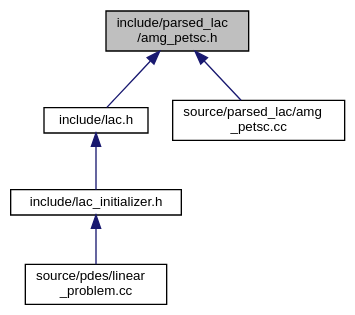
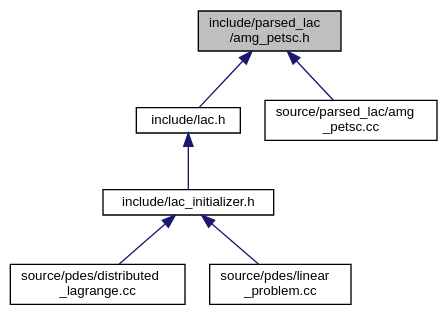
The diagram in amg__petsc_8h__dep__incl.dot (luca-heltai/fsi-suite), drawn with Graphviz before and after one commit. The commit also changed 899 other files, not shown here.

```diff
--- a/amg__petsc_8h__dep__incl.dot
+++ b/amg__petsc_8h__dep__incl.dot
@@ -1,16 +1,18 @@
 digraph "include/parsed_lac/amg_petsc.h"
 {
  // LATEX_PDF_SIZE
   bgcolor="transparent";
   edge [fontname="Helvetica",fontsize="10",labelfontname="Helvetica",labelfontsize="10"];
   node [fontname="Helvetica",fontsize="10",shape=record];
   Node1 [label="include/parsed_lac\l/amg_petsc.h",height=0.2,width=0.4,color="black", fillcolor="grey75", style="filled", fontcolor="black",tooltip=" "];
   Node1 -> Node2 [dir="back",color="midnightblue",fontsize="10",style="solid",fontname="Helvetica"];
   Node2 [label="include/lac.h",height=0.2,width=0.4,color="black",URL="$lac_8h.html",tooltip=" "];
   Node2 -> Node3 [dir="back",color="midnightblue",fontsize="10",style="solid",fontname="Helvetica"];
   Node3 [label="include/lac_initializer.h",height=0.2,width=0.4,color="black",URL="$lac__initializer_8h.html",tooltip=" "];
   Node3 -> Node4 [dir="back",color="midnightblue",fontsize="10",style="solid",fontname="Helvetica"];
-  Node4 [label="source/pdes/linear\l_problem.cc",height=0.2,width=0.4,color="black",URL="$linear__problem_8cc.html",tooltip=" "];
-  Node1 -> Node5 [dir="back",color="midnightblue",fontsize="10",style="solid",fontname="Helvetica"];
-  Node5 [label="source/parsed_lac/amg\l_petsc.cc",height=0.2,width=0.4,color="black",URL="$amg__petsc_8cc.html",tooltip=" "];
+  Node4 [label="source/pdes/distributed\l_lagrange.cc",height=0.2,width=0.4,color="black",URL="$source_2pdes_2distributed__lagrange_8cc.html",tooltip=" "];
+  Node3 -> Node5 [dir="back",color="midnightblue",fontsize="10",style="solid",fontname="Helvetica"];
+  Node5 [label="source/pdes/linear\l_problem.cc",height=0.2,width=0.4,color="black",URL="$linear__problem_8cc.html",tooltip=" "];
+  Node1 -> Node6 [dir="back",color="midnightblue",fontsize="10",style="solid",fontname="Helvetica"];
+  Node6 [label="source/parsed_lac/amg\l_petsc.cc",height=0.2,width=0.4,color="black",URL="$amg__petsc_8cc.html",tooltip=" "];
 }
```
